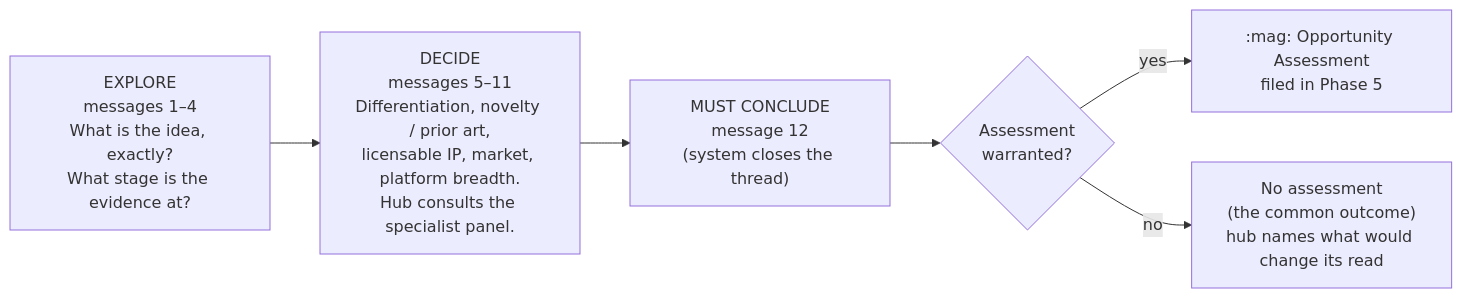
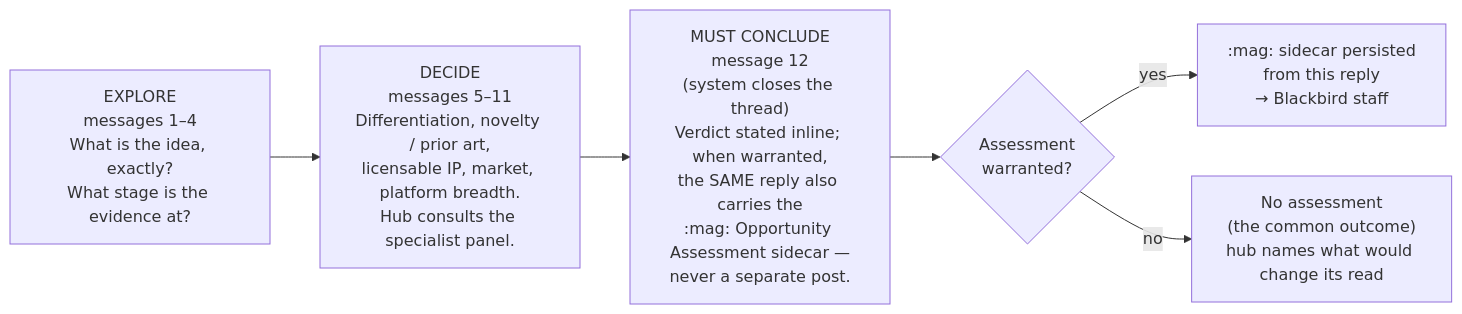
The third of 3 diagrams in docs/specs/2026-08-07-hub-lab-flow.md (SuLab/coPI.science), drawn with Mermaid before and after one commit. The commit also changed other lines of this file and 10 other files, not shown here.

````diff
--- a/docs/specs/2026-08-07-hub-lab-flow.md
+++ b/docs/specs/2026-08-07-hub-lab-flow.md
@@ -88,13 +90,13 @@
 ```mermaid
 flowchart LR
     E["EXPLORE<br/>messages 1–4<br/>What is the idea, exactly?<br/>What stage is the evidence at?"]
     D["DECIDE<br/>messages 5–11<br/>Differentiation, novelty / prior art,<br/>licensable IP, market, platform breadth.<br/>Hub consults the specialist panel."]
-    C["MUST CONCLUDE<br/>message 12<br/>(system closes the thread)"]
+    C["MUST CONCLUDE<br/>message 12<br/>(system closes the thread)<br/>Verdict stated inline; when warranted,<br/>the SAME reply also carries the<br/>:mag: Opportunity Assessment sidecar —<br/>never a separate post."]
     Q{"Assessment<br/>warranted?"}
-    MAG[":mag: Opportunity Assessment<br/>filed in Phase 5"]
+    MAG[":mag: sidecar persisted<br/>from this reply<br/>→ Blackbird staff"]
     NONE["No assessment<br/>(the common outcome)<br/>hub names what would change its read"]
 
     E --> D --> C --> Q
     Q -->|"yes"| MAG
     Q -->|"no"| NONE
 ```
````
